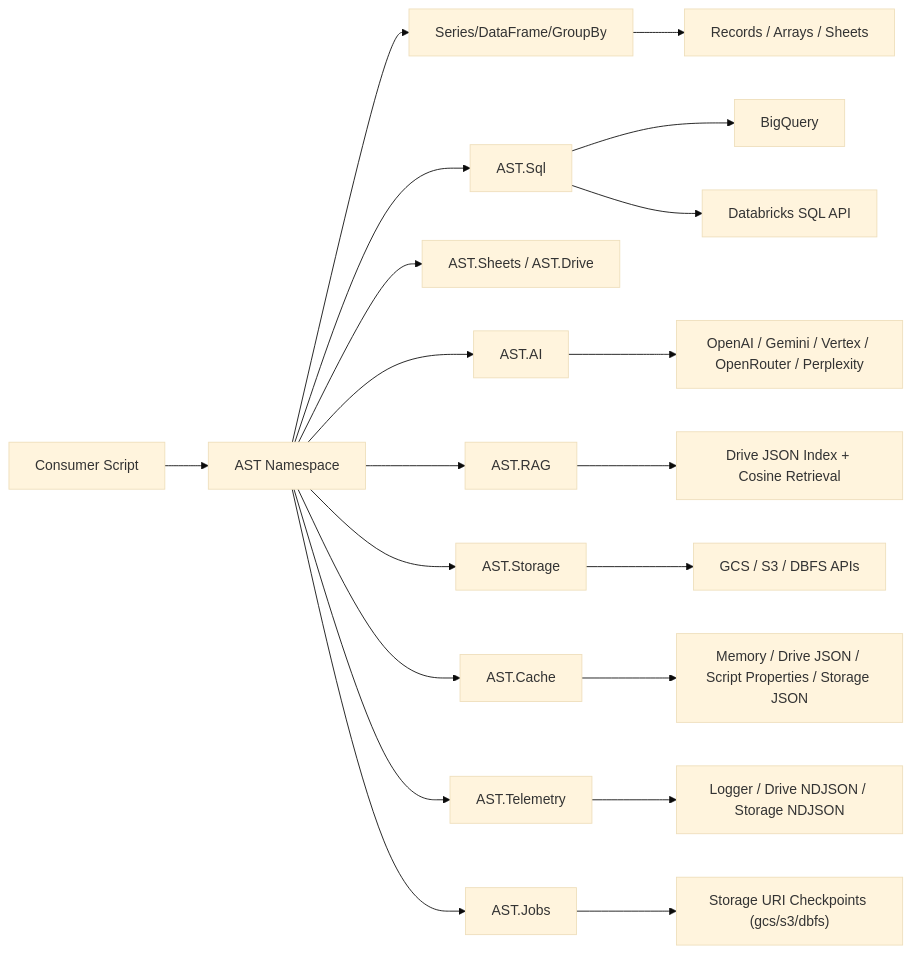
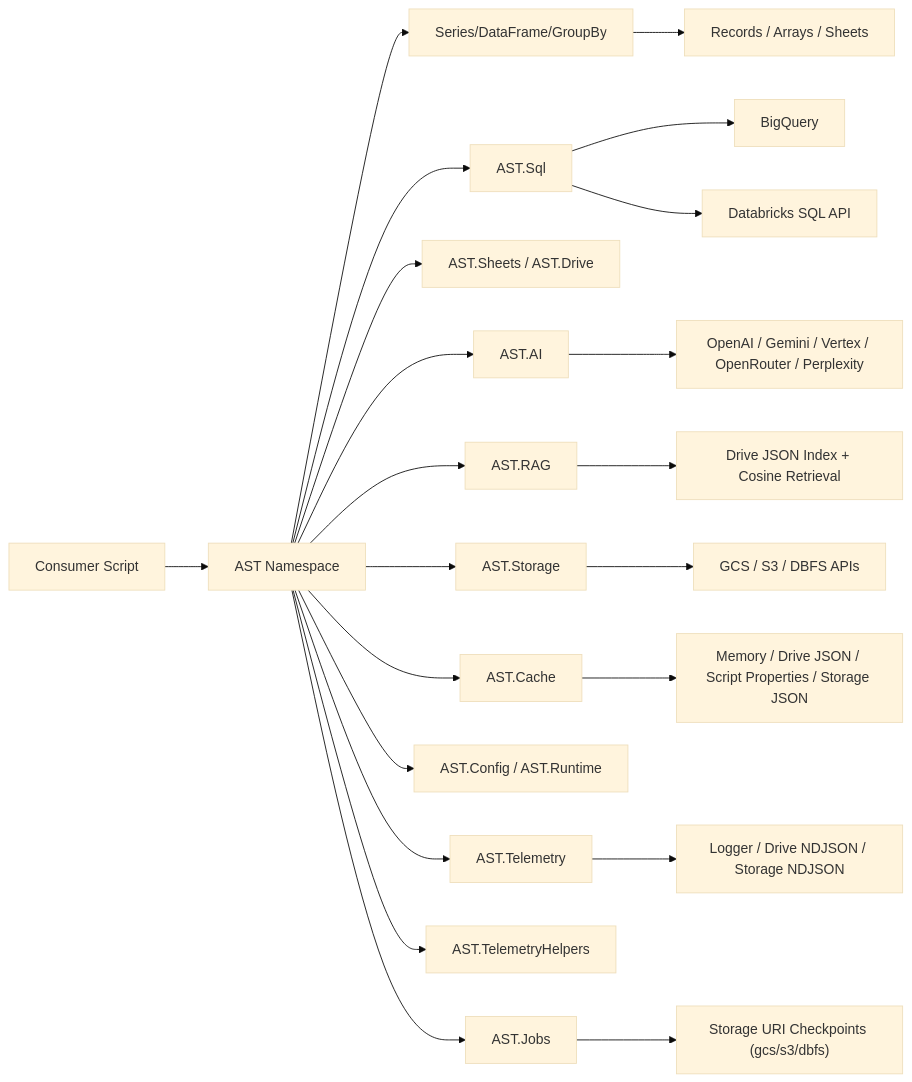
Before and after one commit to joe-broadhead/apps-script-tools: the diagram in docs/index.md, drawn with Mermaid (base theme). The commit also changed other lines of this file and 11 other files, not shown here.

Commit message:
Add AST Config/Runtime bootstrap and telemetry helper APIs

````diff
--- a/docs/index.md
+++ b/docs/index.md
@@ -31,22 +34,24 @@
 ```mermaid
 flowchart LR
     A[Consumer Script] --> B[AST Namespace]
     B --> C[Series/DataFrame/GroupBy]
     B --> D[AST.Sql]
     B --> E[AST.Sheets / AST.Drive]
     B --> I[AST.AI]
     B --> K[AST.RAG]
     B --> M[AST.Storage]
     B --> Q[AST.Cache]
+    B --> S[AST.Config / AST.Runtime]
     B --> O[AST.Telemetry]
+    B --> V[AST.TelemetryHelpers]
     B --> T[AST.Jobs]
     D --> F[BigQuery]
     D --> G[Databricks SQL API]
     I --> J[OpenAI / Gemini / Vertex / OpenRouter / Perplexity]
     K --> L[Drive JSON Index + Cosine Retrieval]
     M --> N[GCS / S3 / DBFS APIs]
     Q --> R["Memory / Drive JSON / Script Properties / Storage JSON"]
     O --> P[Logger / Drive NDJSON / Storage NDJSON]
     T --> U["Storage URI Checkpoints (gcs/s3/dbfs)"]
     C --> H[Records / Arrays / Sheets]
 ```
````
